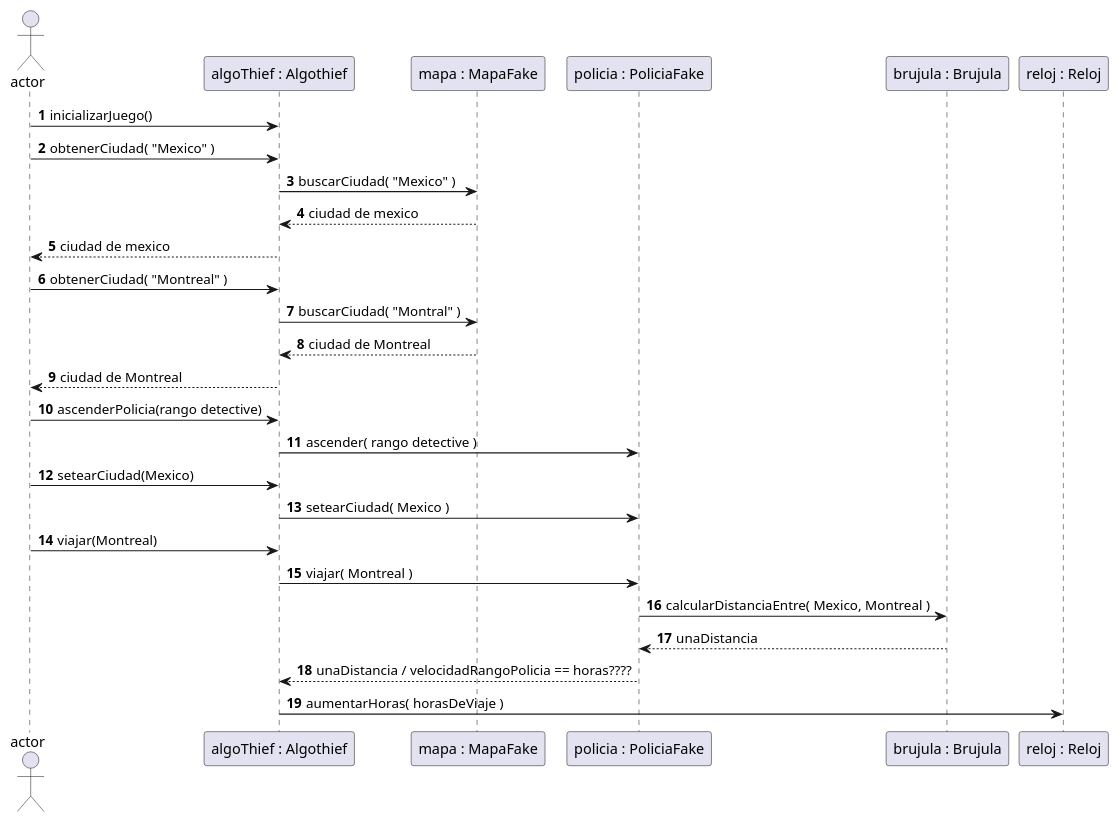
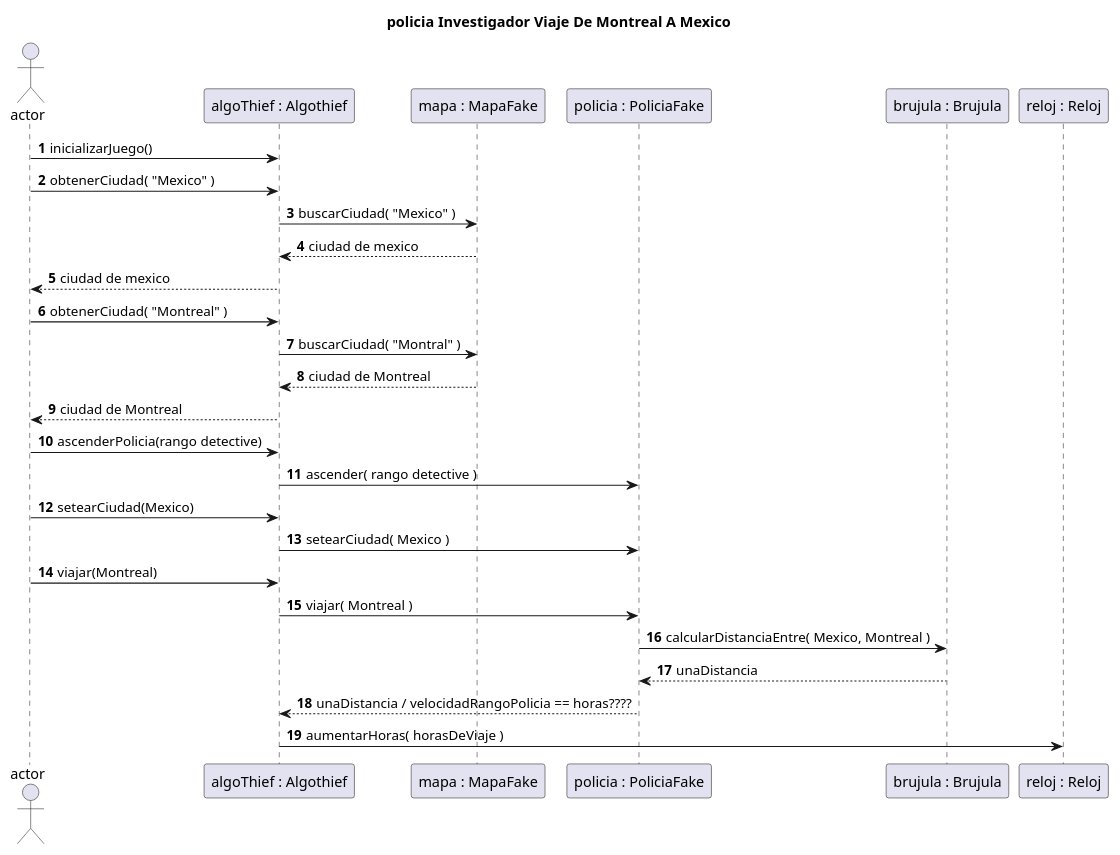
One commit to Fanusaez/TP2_algo3_algothief changed the diagram in Entrega2/casoDeUso2.puml. Above: the diagram before and after it, drawn with PlantUML. The commit also changed 5 other files, not shown here.

First line of the commit message:
Actualice Diagrama1

```diff
--- a/Entrega2/casoDeUso2.puml
+++ b/Entrega2/casoDeUso2.puml
@@ -1,28 +1,28 @@
 @startuml
 'https://plantuml.com/sequence-diagram
 
 autonumber
-
+title: policia Investigador Viaje De Montreal A Mexico
 Actor actor
 
 actor -> "algoThief : Algothief"  : inicializarJuego()
 actor -> "algoThief : Algothief" : obtenerCiudad( "Mexico" )
 "algoThief : Algothief" -> "mapa : MapaFake" : buscarCiudad( "Mexico" )
 "mapa : MapaFake" --> "algoThief : Algothief" : ciudad de mexico
 "algoThief : Algothief" --> actor : ciudad de mexico
 actor -> "algoThief : Algothief" : obtenerCiudad( "Montreal" )
 "algoThief : Algothief" -> "mapa : MapaFake" : buscarCiudad( "Montral" )
 "mapa : MapaFake" --> "algoThief : Algothief" : ciudad de Montreal
 "algoThief : Algothief" --> actor : ciudad de Montreal
 actor -> "algoThief : Algothief" : ascenderPolicia(rango detective)
 "algoThief : Algothief" -> "policia : PoliciaFake" : ascender( rango detective )
 actor -> "algoThief : Algothief" : setearCiudad(Mexico)
 "algoThief : Algothief" -> "policia : PoliciaFake" : setearCiudad( Mexico )
 actor -> "algoThief : Algothief" : viajar(Montreal)
 "algoThief : Algothief"  -> "policia : PoliciaFake" : viajar( Montreal )
 "policia : PoliciaFake" -> "brujula : Brujula" : calcularDistanciaEntre( Mexico, Montreal )
 "brujula : Brujula" --> "policia : PoliciaFake" : unaDistancia
 "policia : PoliciaFake" --> "algoThief : Algothief" : unaDistancia / velocidadRangoPolicia == horas????
 "algoThief : Algothief" -> "reloj : Reloj" : aumentarHoras( horasDeViaje )
 
 @enduml
```
